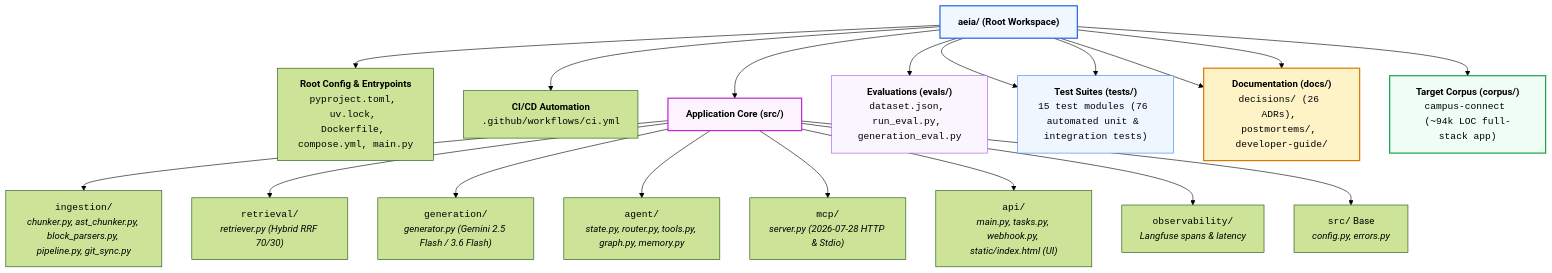
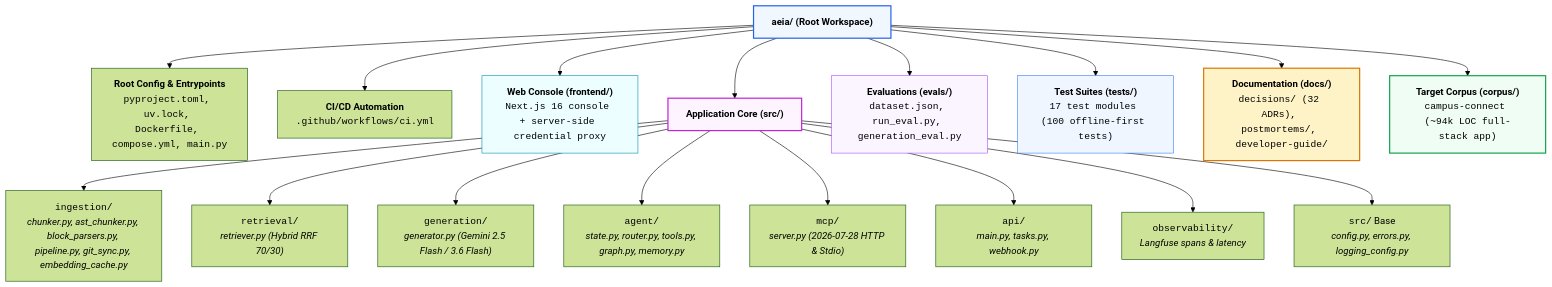
Before and after one commit to krotrn/campus-connect-ai: the third of 3 diagrams in docs/developer-guide/README.md, drawn with Mermaid (forest theme). The commit also changed other lines of this file and 5 other files, not shown here.

First line of the commit message:
Enhance developer documentation and code structure

````diff
--- a/docs/developer-guide/README.md
+++ b/docs/developer-guide/README.md
@@ -128,30 +131,30 @@
 ```mermaid
 flowchart TD
     Root["<b>aeia/ (Root Workspace)</b>"]
 
     Root --> Cfg["<b>Root Config & Entrypoints</b><br/><code>pyproject.toml, uv.lock, Dockerfile, compose.yml, main.py</code>"]
     Root --> CI["<b>CI/CD Automation</b><br/><code>.github/workflows/ci.yml</code>"]
+    Root --> Front["<b>Web Console (frontend/)</b><br/><code>Next.js 16 console + server-side credential proxy</code>"]
     Root --> Src["<b>Application Core (src/)</b>"]
     Root --> Evals["<b>Evaluations (evals/)</b><br/><code>dataset.json, run_eval.py, generation_eval.py</code>"]
-    Root --> Tests["<b>Test Suites (tests/)</b><br/><code>14 test modules (72 automated unit & integration tests)</code>"]
-    Root --> Docs["<b>Documentation (docs/)</b><br/><code>decisions/ (25 ADRs), postmortems/, developer-guide/</code>"]
-    Root --> Tests["<b>Test Suites (tests/)</b><br/><code>15 test modules (76 automated unit & integration tests)</code>"]
-    Root --> Docs["<b>Documentation (docs/)</b><br/><code>decisions/ (26 ADRs), postmortems/, developer-guide/</code>"]
+    Root --> Tests["<b>Test Suites (tests/)</b><br/><code>17 test modules (100 offline-first tests)</code>"]
+    Root --> Docs["<b>Documentation (docs/)</b><br/><code>decisions/ (32 ADRs), postmortems/, developer-guide/</code>"]
     Root --> Corpus["<b>Target Corpus (corpus/)</b><br/><code>campus-connect (~94k LOC full-stack app)</code>"]
 
-    Src --> S_Ingest["<code>ingestion/</code><br/><i>chunker.py, ast_chunker.py, block_parsers.py, pipeline.py, git_sync.py</i>"]
+    Src --> S_Ingest["<code>ingestion/</code><br/><i>chunker.py, ast_chunker.py, block_parsers.py, pipeline.py, git_sync.py, embedding_cache.py</i>"]
     Src --> S_Ret["<code>retrieval/</code><br/><i>retriever.py (Hybrid RRF 70/30)</i>"]
     Src --> S_Gen["<code>generation/</code><br/><i>generator.py (Gemini 2.5 Flash / 3.6 Flash)</i>"]
     Src --> S_Agent["<code>agent/</code><br/><i>state.py, router.py, tools.py, graph.py, memory.py</i>"]
     Src --> S_Mcp["<code>mcp/</code><br/><i>server.py (2026-07-28 HTTP & Stdio)</i>"]
-    Src --> S_Api["<code>api/</code><br/><i>main.py, tasks.py, webhook.py, static/index.html (UI)</i>"]
+    Src --> S_Api["<code>api/</code><br/><i>main.py, tasks.py, webhook.py</i>"]
     Src --> S_Obs["<code>observability/</code><br/><i>Langfuse spans & latency</i>"]
-    Src --> S_Base["<code>src/</code> Base<br/><i>config.py, errors.py</i>"]
+    Src --> S_Base["<code>src/</code> Base<br/><i>config.py, errors.py, logging_config.py</i>"]
 
     style Root fill:#f0f7ff,stroke:#2563eb,stroke-width:2px
     style Src fill:#fdf4ff,stroke:#c026d3,stroke-width:2px
     style Corpus fill:#f0fdf4,stroke:#16a34a,stroke-width:2px
     style Docs fill:#fef3c7,stroke:#d97706,stroke-width:2px
     style Tests fill:#eff6ff,stroke:#3b82f6,stroke-width:1px
     style Evals fill:#faf5ff,stroke:#a855f7,stroke-width:1px
+    style Front fill:#ecfeff,stroke:#0891b2,stroke-width:1px
 ```
````
